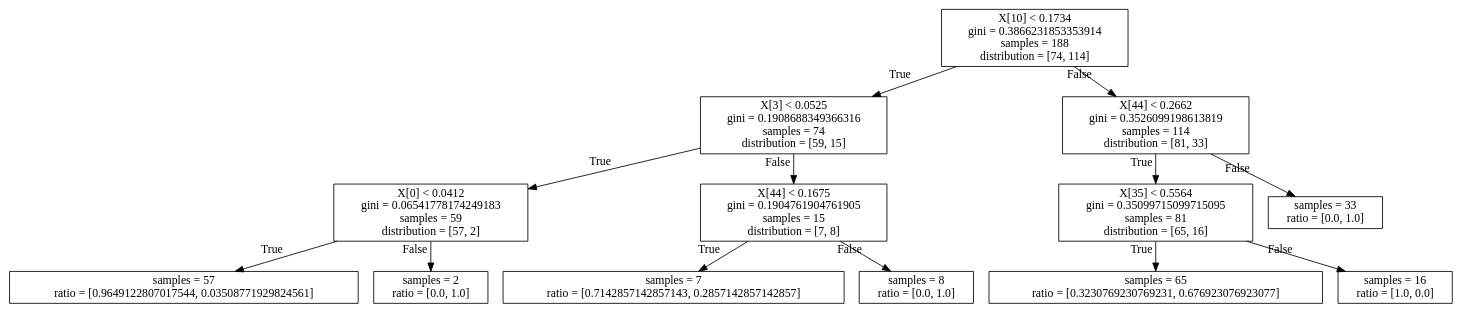
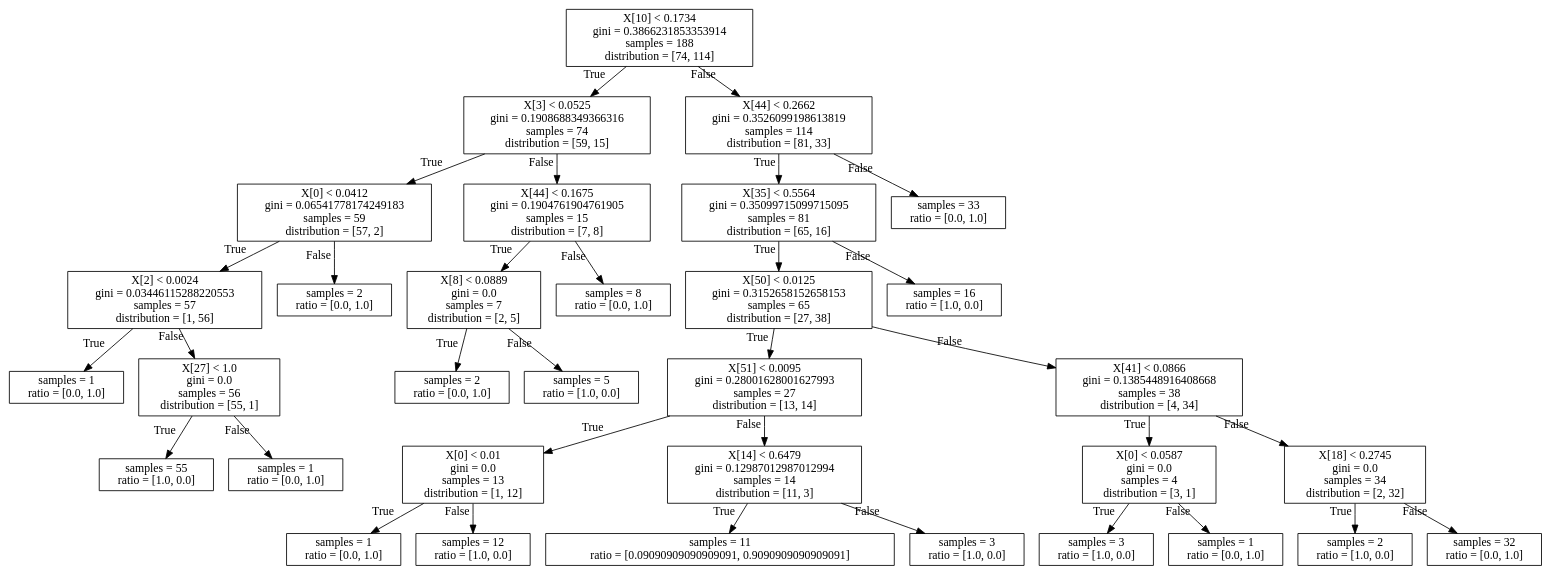
One commit to xingfanxia/comps_ediscovery changed the diagram in xiax_exps/tree.dot. Above: the diagram before and after it, drawn with Graphviz. The commit also changed 66 other files, not shown here.

```diff
--- a/xiax_exps/tree.dot
+++ b/xiax_exps/tree.dot
@@ -1,53 +1,133 @@
 digraph Tree {
 node [shape=box];
-1627041018 [label="X[10] < 0.1734
+1481444012 [label="X[10] < 0.1734
 gini = 0.3866231853353914
 samples = 188
 distribution = [74, 114]"];
-6914585879 [label="X[3] < 0.0525
+9619683196 [label="X[3] < 0.0525
 gini = 0.1908688349366316
 samples = 74
 distribution = [59, 15]"];
-1627041018 -> 6914585879 [labeldistance=8, labelangle=30, xlabel="True"]
-6397634873 [label="X[44] < 0.2662
+1481444012 -> 9619683196 [labeldistance=8, labelangle=30, xlabel="True"]
+7883953841 [label="X[44] < 0.2662
 gini = 0.3526099198613819
 samples = 114
 distribution = [81, 33]"];
-1627041018 -> 6397634873 [labeldistance=8, labelangle=-30, xlabel="False"]
-8928110768 [label="X[0] < 0.0412
+1481444012 -> 7883953841 [labeldistance=8, labelangle=-30, xlabel="False"]
+6800601235 [label="X[0] < 0.0412
 gini = 0.06541778174249183
 samples = 59
 distribution = [57, 2]"];
-6914585879 -> 8928110768 [labeldistance=8, labelangle=30, xlabel="True"]
-1903016023 [label="X[44] < 0.1675
+9619683196 -> 6800601235 [labeldistance=8, labelangle=30, xlabel="True"]
+3825293012 [label="X[44] < 0.1675
 gini = 0.1904761904761905
 samples = 15
 distribution = [7, 8]"];
-6914585879 -> 1903016023 [labeldistance=8, labelangle=-30, xlabel="False"]
-9907503828 [label="X[35] < 0.5564
+9619683196 -> 3825293012 [labeldistance=8, labelangle=-30, xlabel="False"]
+5976503282 [label="X[35] < 0.5564
 gini = 0.35099715099715095
 samples = 81
 distribution = [65, 16]"];
-6397634873 -> 9907503828 [labeldistance=8, labelangle=30, xlabel="True"]
-4901246806 [label="samples = 33
+7883953841 -> 5976503282 [labeldistance=8, labelangle=30, xlabel="True"]
+1138778432 [label="samples = 33
 ratio = [0.0, 1.0]"];
-6397634873 -> 4901246806 [labeldistance=8, labelangle=-30, xlabel="False"]
-6581939416 [label="samples = 57
-ratio = [0.9649122807017544, 0.03508771929824561]"];
-8928110768 -> 6581939416 [labeldistance=8, labelangle=30, xlabel="True"]
-7038894081 [label="samples = 2
+7883953841 -> 1138778432 [labeldistance=8, labelangle=-30, xlabel="False"]
+6008376467 [label="X[2] < 0.0024
+gini = 0.03446115288220553
+samples = 57
+distribution = [1, 56]"];
+6800601235 -> 6008376467 [labeldistance=8, labelangle=30, xlabel="True"]
+7737839605 [label="samples = 2
 ratio = [0.0, 1.0]"];
-8928110768 -> 7038894081 [labeldistance=8, labelangle=-30, xlabel="False"]
-4824427798 [label="samples = 7
-ratio = [0.7142857142857143, 0.2857142857142857]"];
-1903016023 -> 4824427798 [labeldistance=8, labelangle=30, xlabel="True"]
-7986621351 [label="samples = 8
+6800601235 -> 7737839605 [labeldistance=8, labelangle=-30, xlabel="False"]
+9490674145 [label="X[8] < 0.0889
+gini = 0.0
+samples = 7
+distribution = [2, 5]"];
+3825293012 -> 9490674145 [labeldistance=8, labelangle=30, xlabel="True"]
+1216407956 [label="samples = 8
 ratio = [0.0, 1.0]"];
-1903016023 -> 7986621351 [labeldistance=8, labelangle=-30, xlabel="False"]
-9105689603 [label="samples = 65
-ratio = [0.3230769230769231, 0.676923076923077]"];
-9907503828 -> 9105689603 [labeldistance=8, labelangle=30, xlabel="True"]
-7896827318 [label="samples = 16
+3825293012 -> 1216407956 [labeldistance=8, labelangle=-30, xlabel="False"]
+9837614871 [label="X[50] < 0.0125
+gini = 0.3152658152658153
+samples = 65
+distribution = [27, 38]"];
+5976503282 -> 9837614871 [labeldistance=8, labelangle=30, xlabel="True"]
+3659008073 [label="samples = 16
 ratio = [1.0, 0.0]"];
-9907503828 -> 7896827318 [labeldistance=8, labelangle=-30, xlabel="False"]
+5976503282 -> 3659008073 [labeldistance=8, labelangle=-30, xlabel="False"]
+9861073705 [label="samples = 1
+ratio = [0.0, 1.0]"];
+6008376467 -> 9861073705 [labeldistance=8, labelangle=30, xlabel="True"]
+1643398521 [label="X[27] < 1.0
+gini = 0.0
+samples = 56
+distribution = [55, 1]"];
+6008376467 -> 1643398521 [labeldistance=8, labelangle=-30, xlabel="False"]
+5319167794 [label="samples = 2
+ratio = [0.0, 1.0]"];
+9490674145 -> 5319167794 [labeldistance=8, labelangle=30, xlabel="True"]
+6116398006 [label="samples = 5
+ratio = [1.0, 0.0]"];
+9490674145 -> 6116398006 [labeldistance=8, labelangle=-30, xlabel="False"]
+5195282807 [label="X[51] < 0.0095
+gini = 0.28001628001627993
+samples = 27
+distribution = [13, 14]"];
+9837614871 -> 5195282807 [labeldistance=8, labelangle=30, xlabel="True"]
+7339679292 [label="X[41] < 0.0866
+gini = 0.1385448916408668
+samples = 38
+distribution = [4, 34]"];
+9837614871 -> 7339679292 [labeldistance=8, labelangle=-30, xlabel="False"]
+2179720813 [label="samples = 55
+ratio = [1.0, 0.0]"];
+1643398521 -> 2179720813 [labeldistance=8, labelangle=30, xlabel="True"]
+5788380520 [label="samples = 1
+ratio = [0.0, 1.0]"];
+1643398521 -> 5788380520 [labeldistance=8, labelangle=-30, xlabel="False"]
+7794037104 [label="X[0] < 0.01
+gini = 0.0
+samples = 13
+distribution = [1, 12]"];
+5195282807 -> 7794037104 [labeldistance=8, labelangle=30, xlabel="True"]
+6849477963 [label="X[14] < 0.6479
+gini = 0.12987012987012994
+samples = 14
+distribution = [11, 3]"];
+5195282807 -> 6849477963 [labeldistance=8, labelangle=-30, xlabel="False"]
+1205466260 [label="X[0] < 0.0587
+gini = 0.0
+samples = 4
+distribution = [3, 1]"];
+7339679292 -> 1205466260 [labeldistance=8, labelangle=30, xlabel="True"]
+7698960657 [label="X[18] < 0.2745
+gini = 0.0
+samples = 34
+distribution = [2, 32]"];
+7339679292 -> 7698960657 [labeldistance=8, labelangle=-30, xlabel="False"]
+3934303407 [label="samples = 1
+ratio = [0.0, 1.0]"];
+7794037104 -> 3934303407 [labeldistance=8, labelangle=30, xlabel="True"]
+7324905588 [label="samples = 12
+ratio = [1.0, 0.0]"];
+7794037104 -> 7324905588 [labeldistance=8, labelangle=-30, xlabel="False"]
+9858139607 [label="samples = 11
+ratio = [0.09090909090909091, 0.9090909090909091]"];
+6849477963 -> 9858139607 [labeldistance=8, labelangle=30, xlabel="True"]
+5328763732 [label="samples = 3
+ratio = [1.0, 0.0]"];
+6849477963 -> 5328763732 [labeldistance=8, labelangle=-30, xlabel="False"]
+8978318241 [label="samples = 3
+ratio = [1.0, 0.0]"];
+1205466260 -> 8978318241 [labeldistance=8, labelangle=30, xlabel="True"]
+7678738007 [label="samples = 1
+ratio = [0.0, 1.0]"];
+1205466260 -> 7678738007 [labeldistance=8, labelangle=-30, xlabel="False"]
+6303898653 [label="samples = 2
+ratio = [1.0, 0.0]"];
+7698960657 -> 6303898653 [labeldistance=8, labelangle=30, xlabel="True"]
+4422090120 [label="samples = 32
+ratio = [0.0, 1.0]"];
+7698960657 -> 4422090120 [labeldistance=8, labelangle=-30, xlabel="False"]
 }
```
